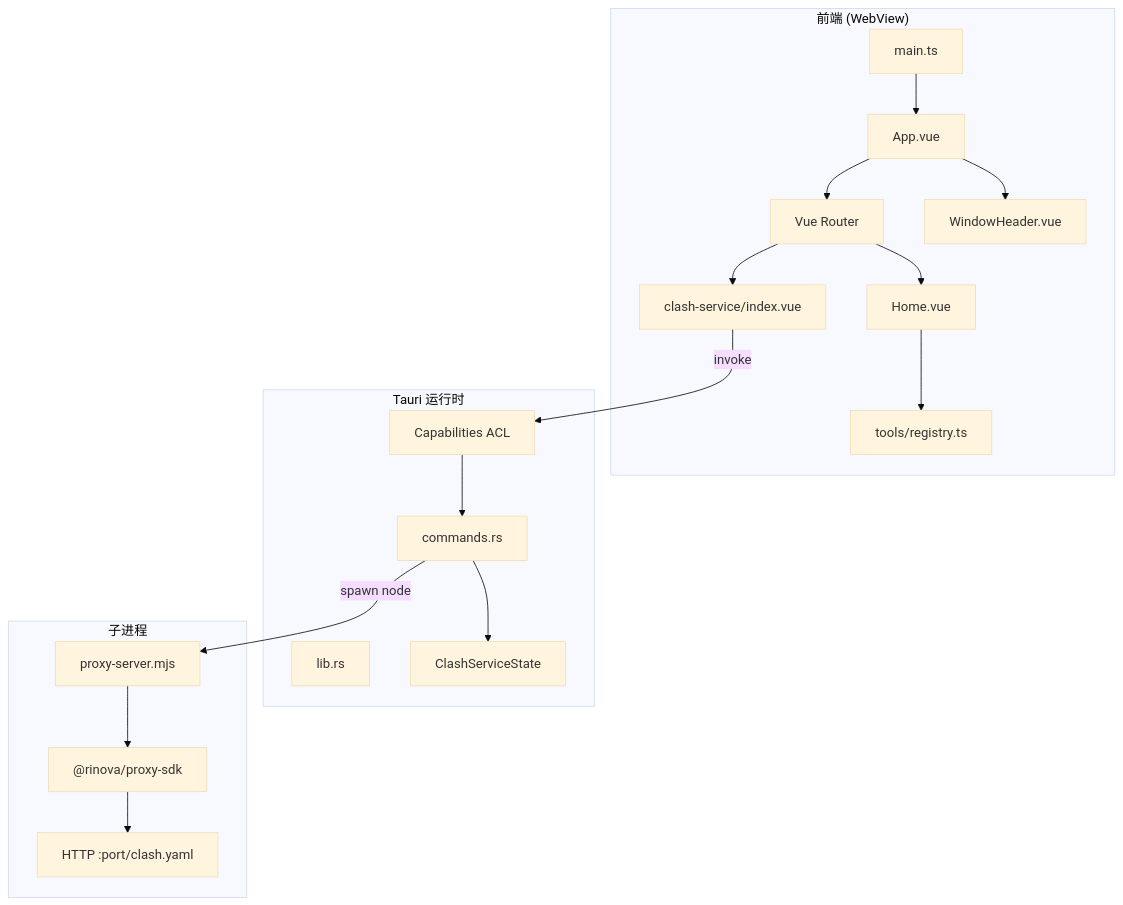
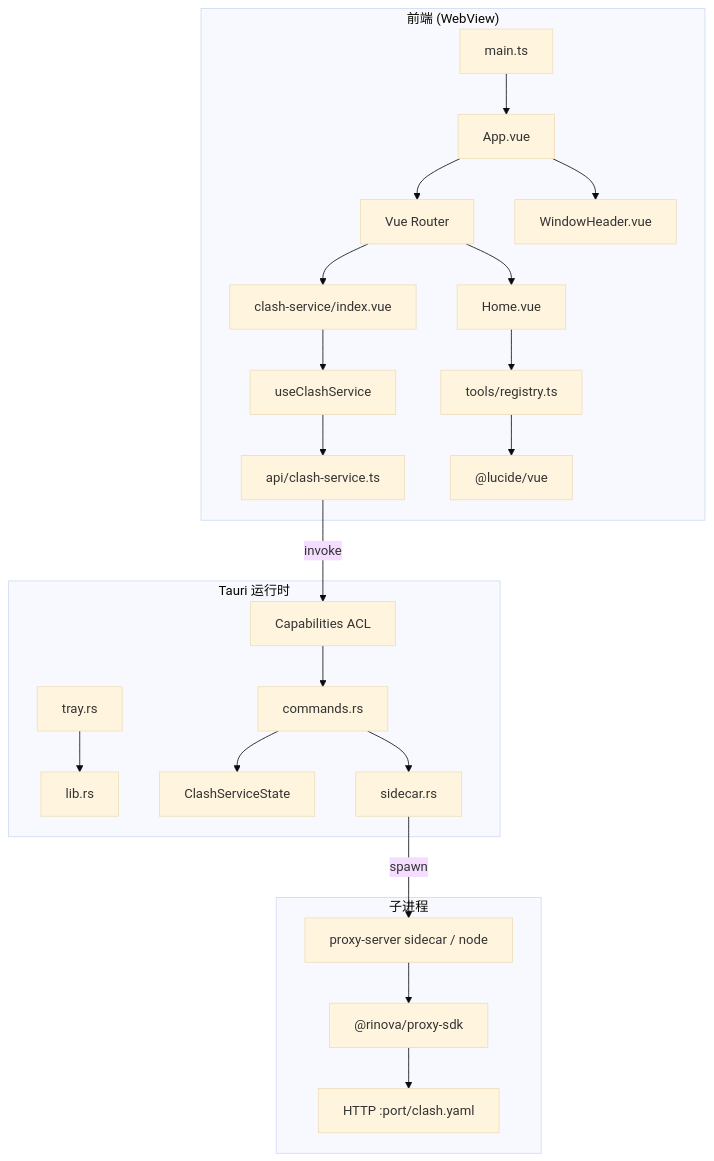
Before and after one commit to jove-rina/rinova-void: the diagram in plan/review/01-architecture.md, drawn with Mermaid (base theme). The commit also changed other lines of this file and 10 other files, not shown here.

````diff
--- a/plan/review/01-architecture.md
+++ b/plan/review/01-architecture.md
@@ -7,34 +7,42 @@
 ```mermaid
 graph TB
     subgraph Frontend["前端 (WebView)"]
         Main[main.ts]
         App[App.vue]
         Router[Vue Router]
         Home[Home.vue]
         Registry[tools/registry.ts]
+        API[api/clash-service.ts]
+        Comp[useClashService]
         Clash[clash-service/index.vue]
         Header[WindowHeader.vue]
+        Lucide["@lucide/vue"]
     end
 
     subgraph Tauri["Tauri 运行时"]
         Cap[Capabilities ACL]
         Lib[lib.rs]
         Cmd[commands.rs]
         State[ClashServiceState]
+        Sidecar[sidecar.rs]
+        Tray[tray.rs]
     end
 
     subgraph Child["子进程"]
-        Script[proxy-server.mjs]
+        Proxy[proxy-server sidecar / node]
         SDK["@rinova/proxy-sdk"]
         HTTP["HTTP :port/clash.yaml"]
     end
 
     Main --> App --> Router
     Router --> Home
     Router --> Clash
     Home --> Registry
-    Clash -->|invoke| Cap --> Cmd
+    Registry --> Lucide
+    Clash --> Comp --> API
+    API -->|invoke| Cap --> Cmd
     Cmd --> State
-    Cmd -->|spawn node| Script --> SDK --> HTTP
+    Cmd --> Sidecar -->|spawn| Proxy --> SDK --> HTTP
     App --> Header
+    Tray --> Lib
 ```
````
